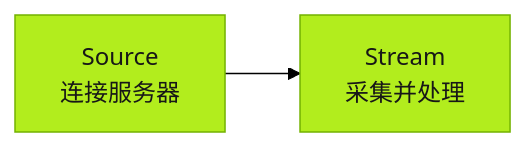
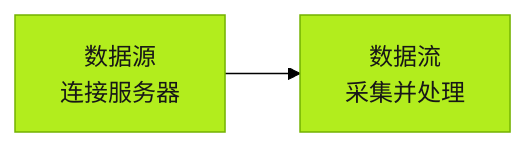
One commit to FREEZONEX/Tier0-docs-site changed the third of 3 diagrams in src/content/docs/zh-cn/using-tier0/preparing-data-foundation.mdx. Above: the diagram before and after it, drawn with Mermaid (forest theme). The commit also changed other lines of this file and 58 other files, not shown here.

````diff
--- a/src/content/docs/zh-cn/using-tier0/preparing-data-foundation.mdx
+++ b/src/content/docs/zh-cn/using-tier0/preparing-data-foundation.mdx
@@ -63,6 +63,6 @@
 ```mermaid
 flowchart LR
-  source["Source<br/>连接服务器"] --> stream["Stream<br/>采集并处理"]
+  source["数据源<br/>连接服务器"] --> stream["数据流<br/>采集并处理"]
   classDef t0accent fill:#B2ED1D,stroke:#73B200,color:#171717
   class source,stream t0accent
 ```
````
